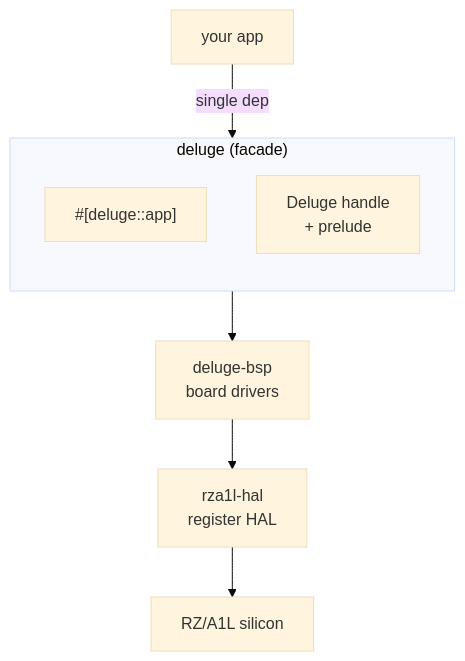
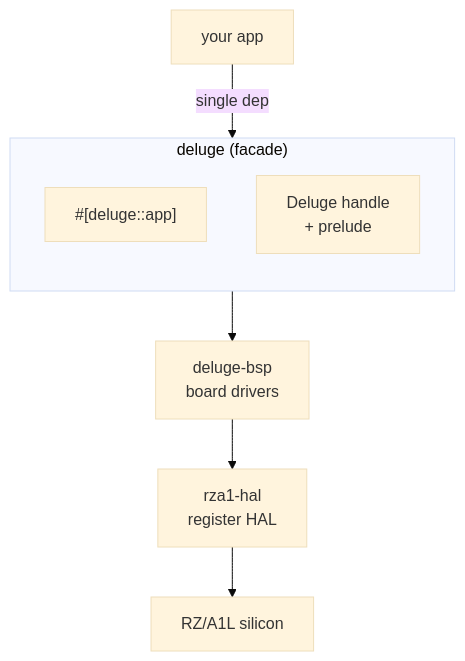
The first of 4 diagrams in docs/advanced-guide.md (FirestormAudio/deluge-sdk), drawn with Mermaid (base theme) before and after one commit. The commit also changed other lines of this file and 136 other files, not shown here.

First line of the commit message:
rza1-hal: rename from rza1l-hal, with rza1l/rza1h chip features

````diff
--- a/docs/advanced-guide.md
+++ b/docs/advanced-guide.md
@@ -31,12 +31,12 @@
 ```mermaid
 flowchart TD
     app["your app"] -->|single dep| deluge
     subgraph deluge["deluge (facade)"]
         direction TB
         macro["#[deluge::app]"]
         handle["Deluge handle<br/>+ prelude"]
     end
     deluge --> bsp["deluge-bsp<br/>board drivers"]
-    bsp --> hal["rza1l-hal<br/>register HAL"]
+    bsp --> hal["rza1-hal<br/>register HAL"]
     hal --> hw["RZ/A1L silicon"]
 ```
````
